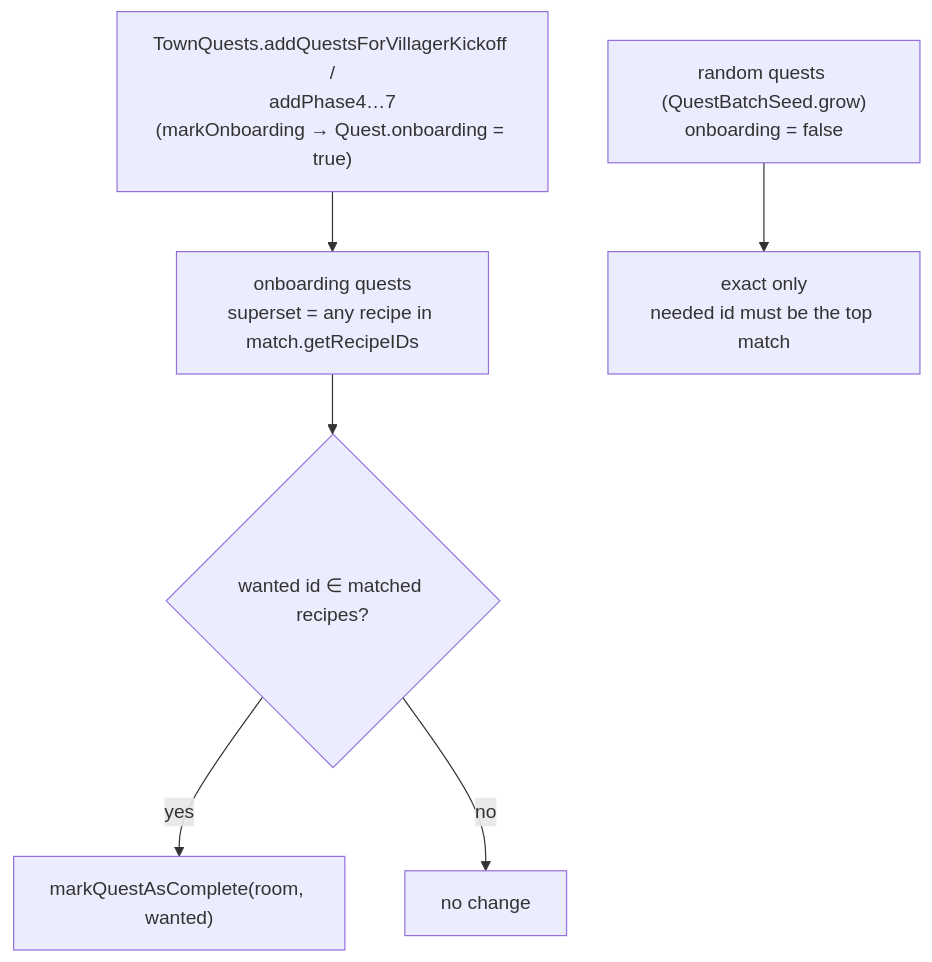
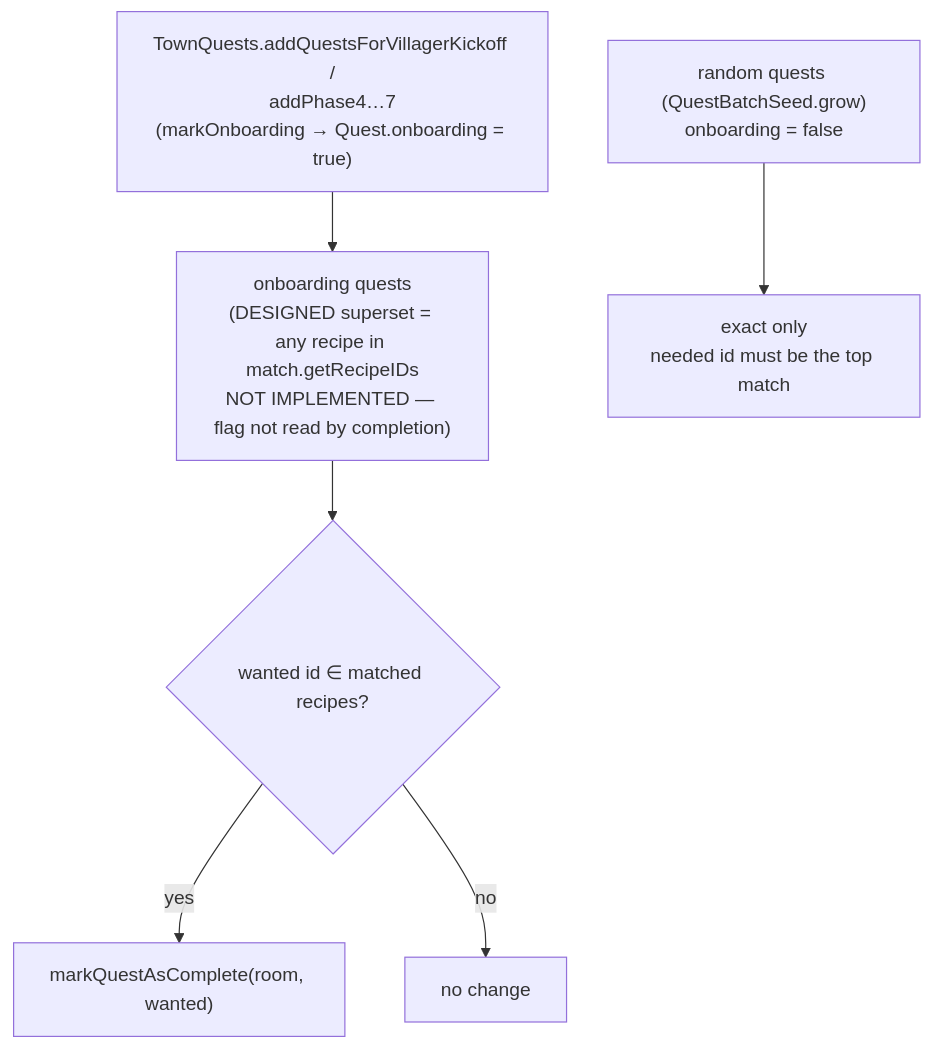
One commit to bradsk88/Questown changed the second of 2 diagrams in src/main/java/ca/bradj/questown/town/quests/COMPLEX.md. Above: the diagram before and after it, drawn with Mermaid. The commit also changed other lines of this file and 13 other files, not shown here.

````diff
--- a/src/main/java/ca/bradj/questown/town/quests/COMPLEX.md
+++ b/src/main/java/ca/bradj/questown/town/quests/COMPLEX.md
@@ -38,8 +50,8 @@
 ```mermaid
 flowchart TD
-    Built["TownQuests.addQuestsForVillagerKickoff /\naddPhase4…7\n(markOnboarding → Quest.onboarding = true)"] --> Q["onboarding quests\nsuperset = any recipe in match.getRecipeIDs"]
+    Built["TownQuests.addQuestsForVillagerKickoff /\naddPhase4…7\n(markOnboarding → Quest.onboarding = true)"] --> Q["onboarding quests\n(DESIGNED superset = any recipe in match.getRecipeIDs\nNOT IMPLEMENTED — flag not read by completion)"]
     Q --> Hit{"wanted id ∈ matched recipes?"}
     Hit -- yes --> Done["markQuestAsComplete(room, wanted)"]
     Hit -- no --> Skip["no change"]
     Q2["random quests (QuestBatchSeed.grow)\nonboarding = false"] --> Exact["exact only\nneeded id must be the top match"]
 ```
````
